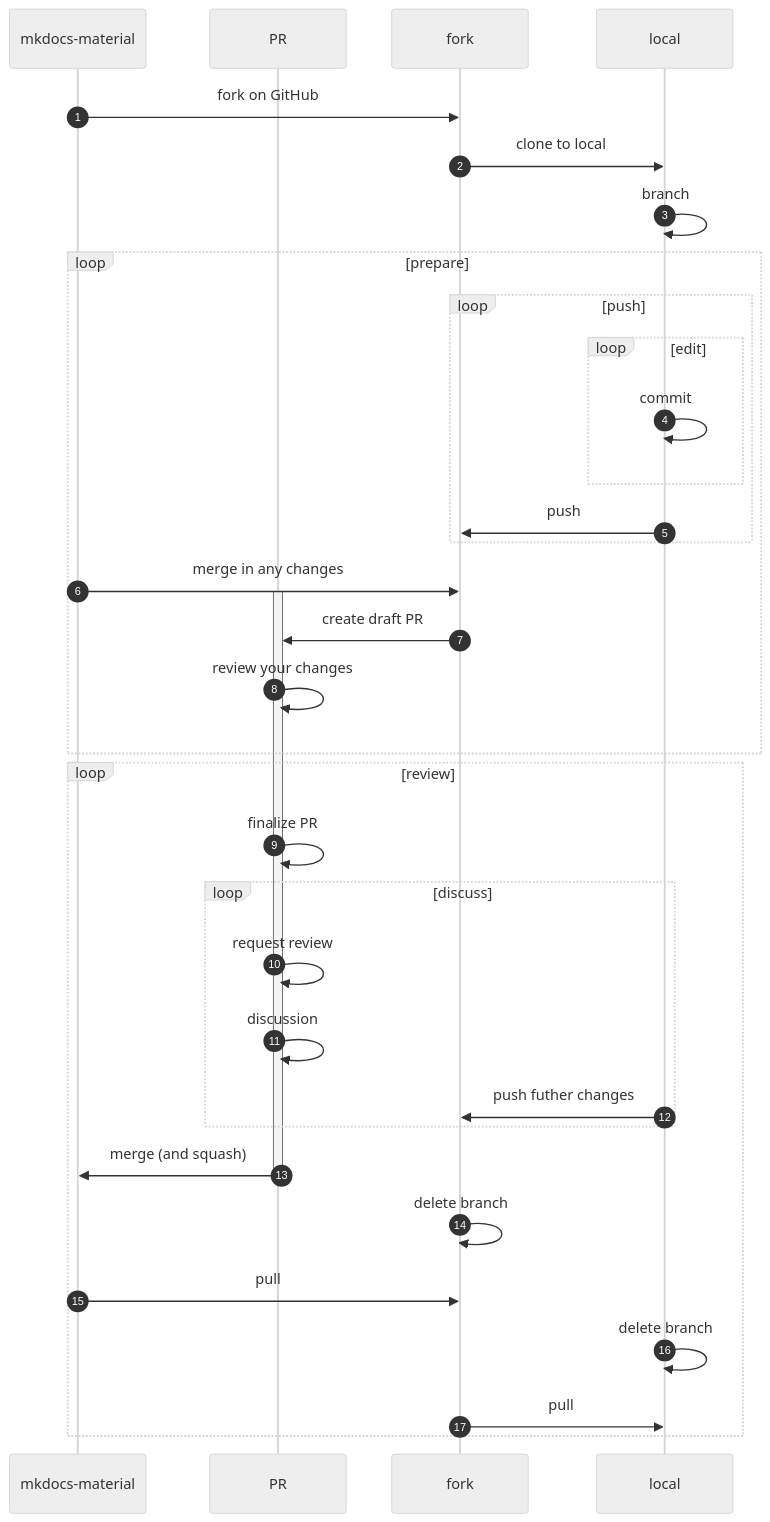
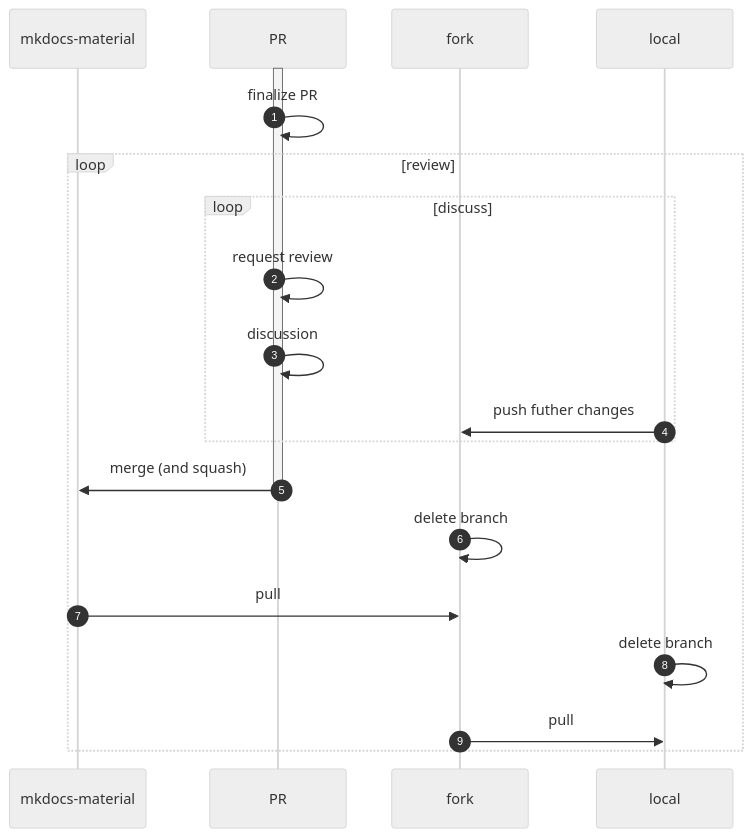
One commit to squidfunk/mkdocs-material changed the second of 2 diagrams in docs/contributing/making-a-pull-request.md. Above: the diagram before and after it, drawn with Mermaid (neutral theme). The commit also changed other lines of this file, not shown here.

````diff
--- a/docs/contributing/making-a-pull-request.md
+++ b/docs/contributing/making-a-pull-request.md
@@ -41,39 +130,24 @@
-    ``` mermaid
-    sequenceDiagram
-      autonumber
+``` mermaid
+sequenceDiagram
+  autonumber
+  participant mkdocs-material
+  participant PR
+  participant fork
+  participant local
 
-      participant mkdocs-material
-      participant PR
-      participant fork
-      participant local
-
-      mkdocs-material ->> fork: fork on GitHub
-      fork ->> local: clone to local
-      local ->> local: branch
-      loop prepare
-        loop push
-          loop edit
-            local ->> local: commit
-          end
-          local ->> fork: push
-        end
-        mkdocs-material ->> fork: merge in any changes
-        activate PR
-        fork ->> PR: create draft PR
-        PR ->> PR: review your changes
-      end
-      loop review
-        PR ->> PR : finalize PR
-        loop discuss
-          PR ->> PR: request review
-          PR ->> PR: discussion
-          local ->> fork: push futher changes
-        end
-        PR ->> mkdocs-material: merge (and squash)
-        deactivate PR
-        fork ->> fork: delete branch
-        mkdocs-material ->> fork: pull
-        local ->> local: delete branch
-        fork ->> local: pull
-      end
-    ```
+  activate PR
+  PR ->> PR : finalize PR
+  loop review
+    loop discuss
+      PR ->> PR: request review
+      PR ->> PR: discussion
+      local ->> fork: push futher changes
+    end
+    PR ->> mkdocs-material: merge (and squash)
+    deactivate PR
+    fork ->> fork: delete branch
+    mkdocs-material ->> fork: pull
+    local ->> local: delete branch
+    fork ->> local: pull
+  end
+```
````
